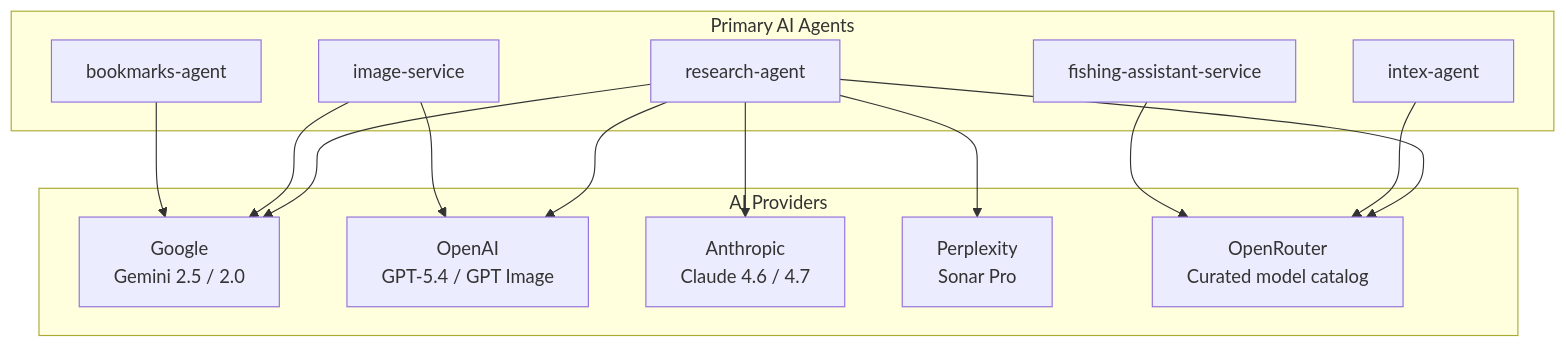
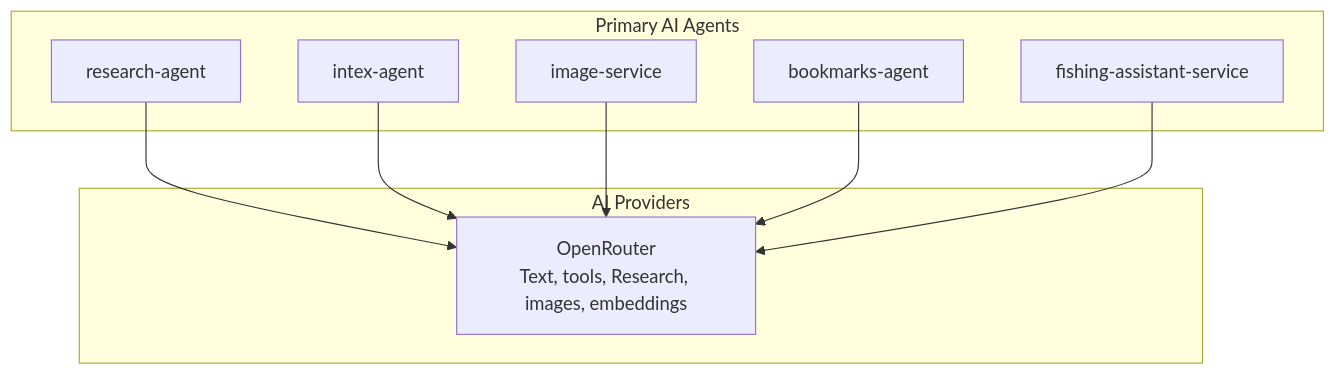
The first of 2 diagrams in docs/services/index.md (pbuchman/intexuraos), drawn with Mermaid before and after one commit. The commit also changed other lines of this file and 212 other files, not shown here.

Commit message:
feat: route AI access through OpenRouter

````diff
--- a/docs/services/index.md
+++ b/docs/services/index.md
@@ -116,29 +116,20 @@
 ```mermaid
 graph TB
     subgraph "AI Providers"
-        G[Google<br>Gemini 2.5 / 2.0]
-        O[OpenAI<br>GPT-5.4 / GPT Image]
-        A[Anthropic<br>Claude 4.6 / 4.7]
-        P[Perplexity<br>Sonar Pro]
-        OR[OpenRouter<br>Curated model catalog]
+        OR[OpenRouter<br>Text, tools, Research, images, embeddings]
     end
 
     subgraph "Primary AI Agents"
         R[research-agent]
         X[intex-agent]
         I[image-service]
         B[bookmarks-agent]
         F[fishing-assistant-service]
     end
 
-    R --> G
-    R --> O
-    R --> A
-    R --> P
     R --> OR
     X --> OR
-    I --> O
-    I --> G
-    B --> G
+    I --> OR
+    B --> OR
     F --> OR
 ```
````
